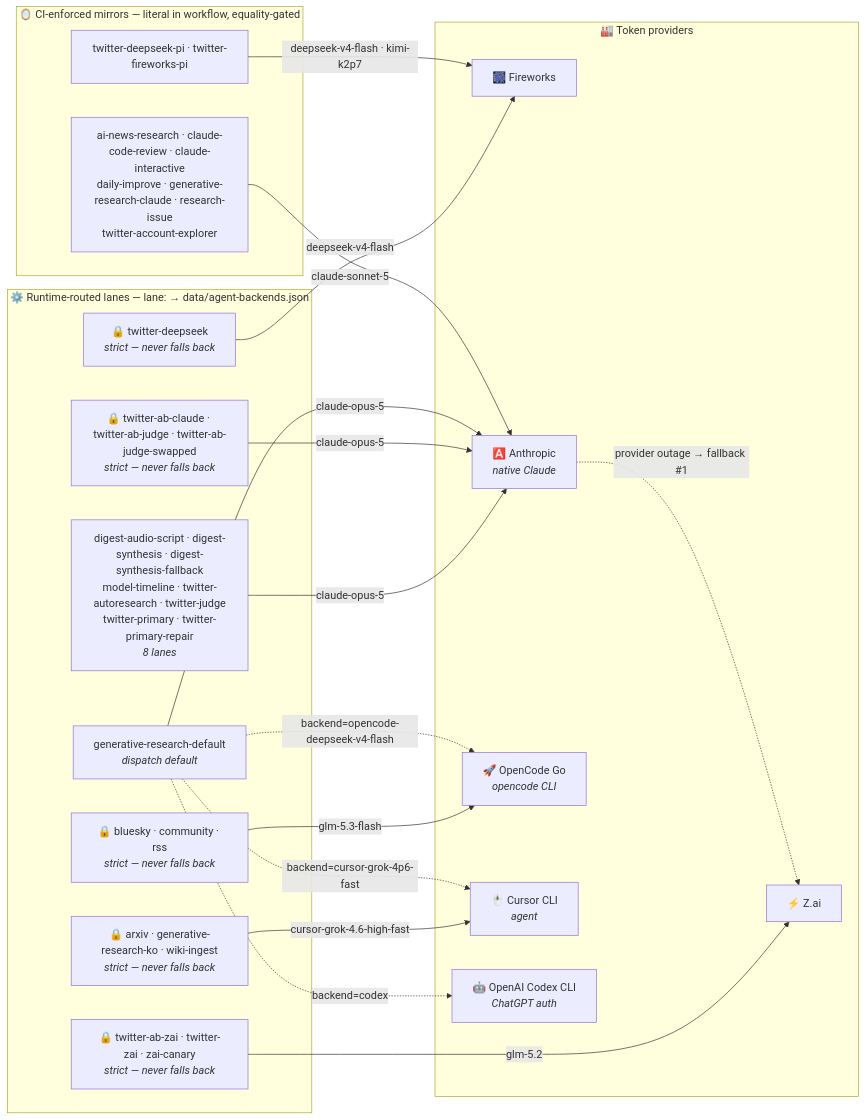
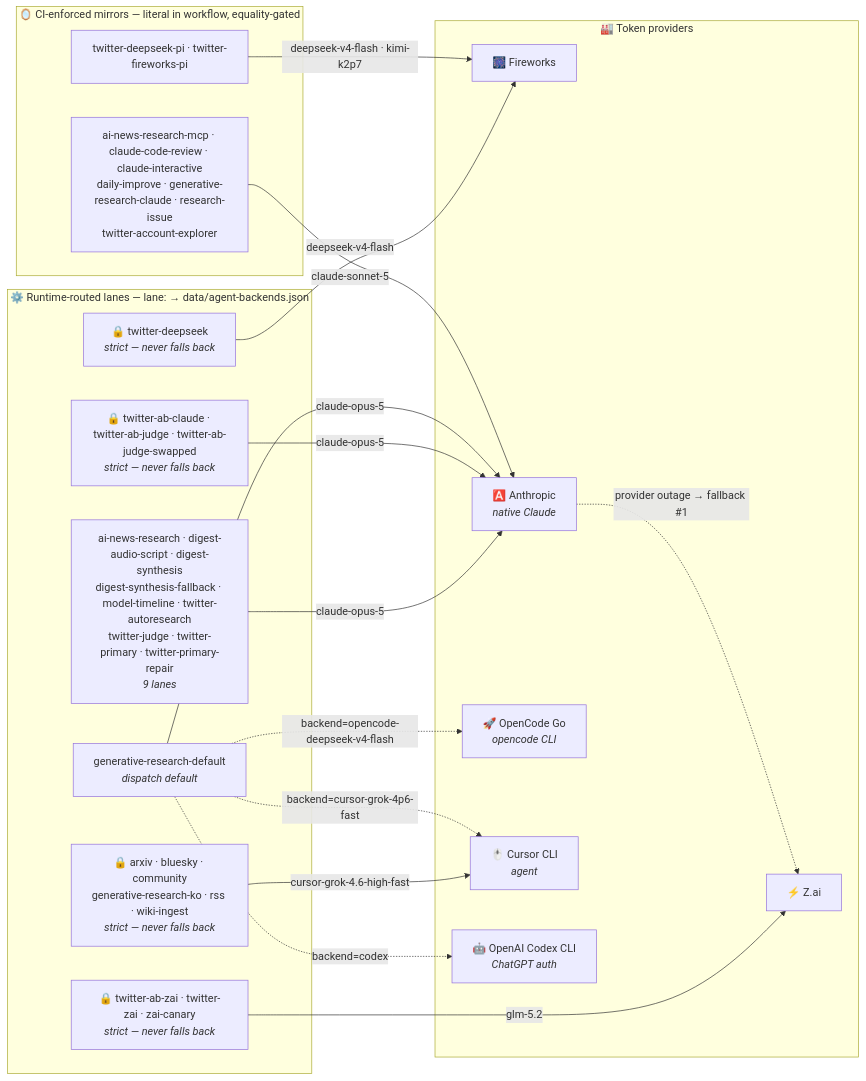
One commit to guzus/ai-research-arm changed the second of 2 diagrams in README.md. Above: the diagram before and after it, drawn with Mermaid. The commit also changed 14 other files, not shown here.

````diff
--- a/README.md
+++ b/README.md
@@ -152,37 +152,35 @@
 ```mermaid
 flowchart LR
     subgraph runtime["⚙️ Runtime-routed lanes — lane: → data/agent-backends.json"]
-        lanes0["digest-audio-script · digest-synthesis · digest-synthesis-fallback<br/>model-timeline · twitter-autoresearch · twitter-judge<br/>twitter-primary · twitter-primary-repair<br/><i>8 lanes</i>"]
+        lanes0["ai-news-research · digest-audio-script · digest-synthesis<br/>digest-synthesis-fallback · model-timeline · twitter-autoresearch<br/>twitter-judge · twitter-primary · twitter-primary-repair<br/><i>9 lanes</i>"]
         strict0["🔒 twitter-ab-claude · twitter-ab-judge · twitter-ab-judge-swapped<br/><i>strict — never falls back</i>"]
-        strict1["🔒 arxiv · generative-research-ko · wiki-ingest<br/><i>strict — never falls back</i>"]
+        strict1["🔒 arxiv · bluesky · community<br/>generative-research-ko · rss · wiki-ingest<br/><i>strict — never falls back</i>"]
         strict2["🔒 twitter-deepseek<br/><i>strict — never falls back</i>"]
-        strict3["🔒 bluesky · community · rss<br/><i>strict — never falls back</i>"]
-        strict4["🔒 twitter-ab-zai · twitter-zai · zai-canary<br/><i>strict — never falls back</i>"]
+        strict3["🔒 twitter-ab-zai · twitter-zai · zai-canary<br/><i>strict — never falls back</i>"]
         gendef["generative-research-default<br/><i>dispatch default</i>"]
     end
     subgraph mirrors["🪞 CI-enforced mirrors — literal in workflow, equality-gated"]
         pi["twitter-deepseek-pi · twitter-fireworks-pi"]
-        native["ai-news-research · claude-code-review · claude-interactive<br/>daily-improve · generative-research-claude · research-issue<br/>twitter-account-explorer"]
+        native["ai-news-research-mcp · claude-code-review · claude-interactive<br/>daily-improve · generative-research-claude · research-issue<br/>twitter-account-explorer"]
     end
     subgraph providers["🏭 Token providers"]
         FW["🎆 Fireworks"]
         ZAI["⚡ Z.ai"]
         ANT["🅰️ Anthropic<br/><i>native Claude</i>"]
         OC["🚀 OpenCode Go<br/><i>opencode CLI</i>"]
         CUR["🖱️ Cursor CLI<br/><i>agent</i>"]
         OAI["🤖 OpenAI Codex CLI<br/><i>ChatGPT auth</i>"]
     end
     lanes0 -->|"claude-opus-5"| ANT
     strict0 -->|"claude-opus-5"| ANT
     strict1 -->|"cursor-grok-4.6-high-fast"| CUR
     strict2 -->|"deepseek-v4-flash"| FW
-    strict3 -->|"glm-5.3-flash"| OC
-    strict4 -->|"glm-5.2"| ZAI
+    strict3 -->|"glm-5.2"| ZAI
     gendef -->|"claude-opus-5"| ANT
     pi -->|"deepseek-v4-flash · kimi-k2p7"| FW
     native -->|"claude-sonnet-5"| ANT
     gendef -.->|"backend=codex"| OAI
     gendef -.->|"backend=opencode-deepseek-v4-flash"| OC
     gendef -.->|"backend=cursor-grok-4p6-fast"| CUR
     ANT -. "provider outage → fallback #1" .-> ZAI
 ```
````
